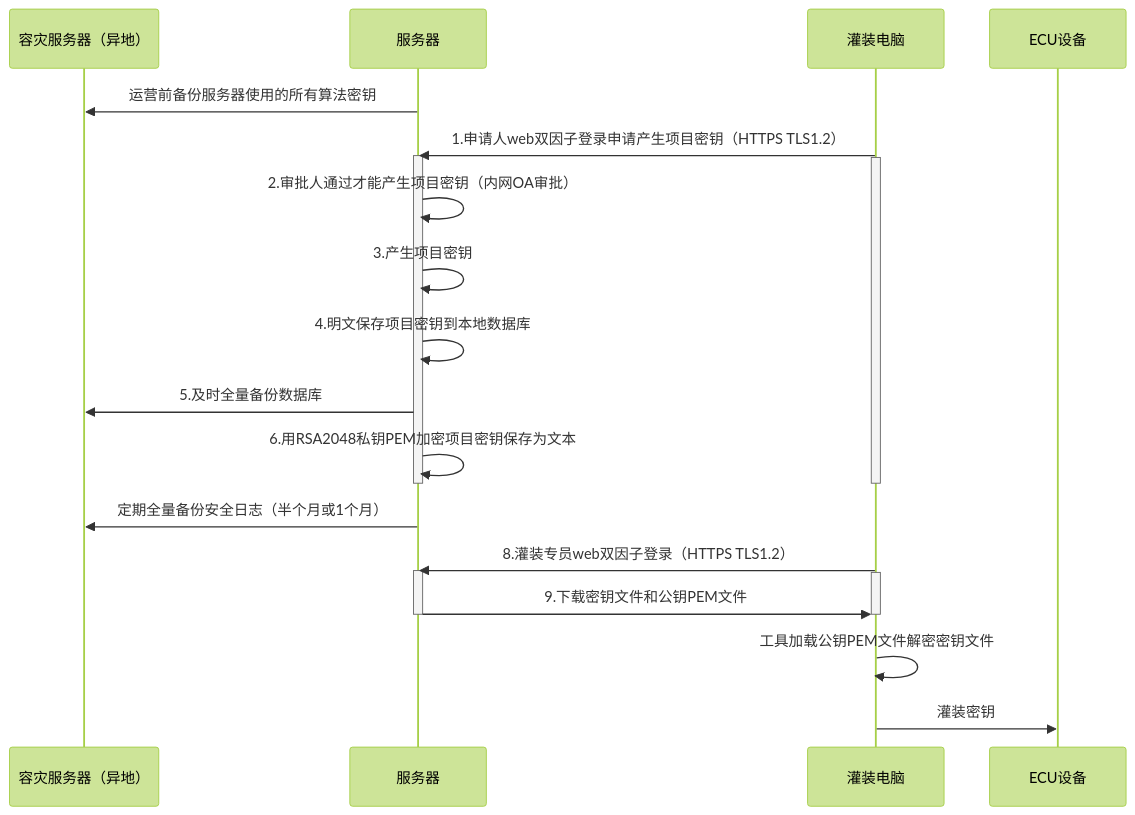
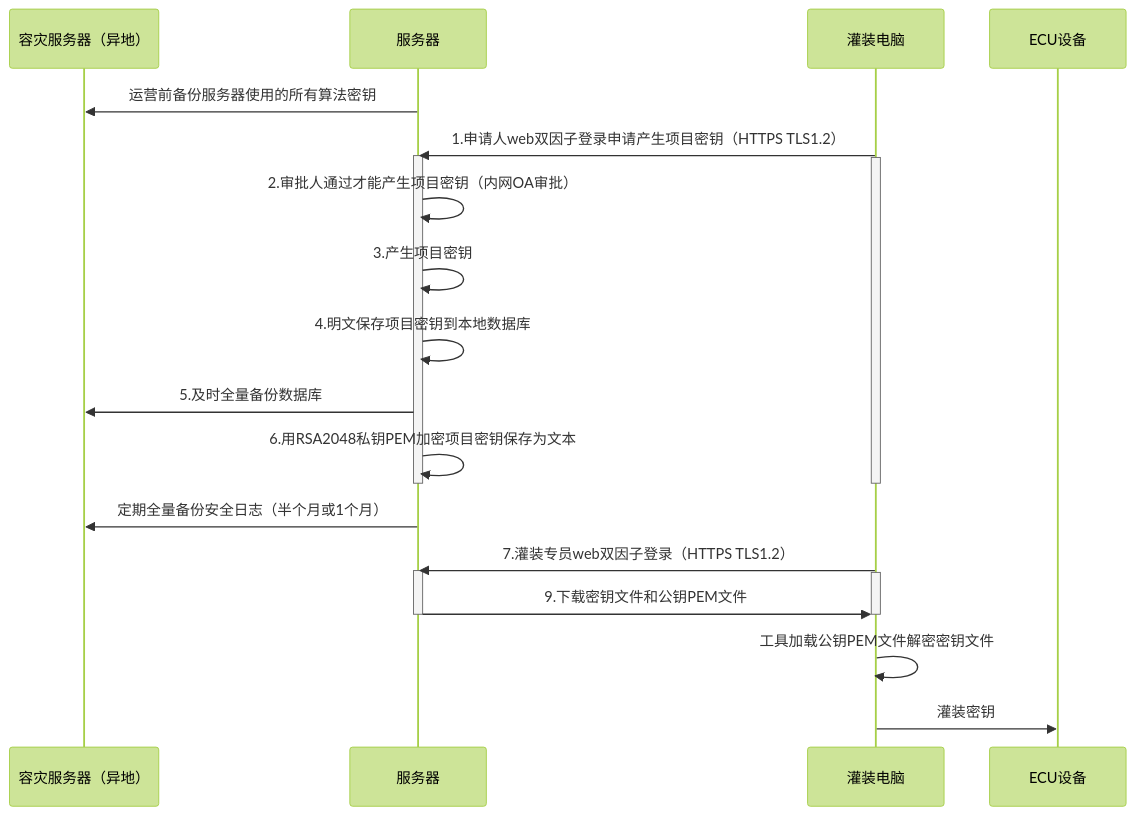
One commit to facebook-cloud/iodraw-files changed the diagram in all/未命名-17.md. Above: the diagram before and after it, drawn with Mermaid (forest theme).

Commit message:
2026-03-05 20:47:28 update

````diff
--- a/all/未命名-17.md
+++ b/all/未命名-17.md
@@ -1,32 +1,32 @@
 ```mermaid
 sequenceDiagram
     participant A as 容灾服务器（异地）
     participant B as 服务器
     participant D as 灌装电脑
     participant E as ECU设备
 
     B->>A: 运营前备份服务器使用的所有算法密钥
     D->>B: 1.申请人web双因子登录申请产生项目密钥（HTTPS TLS1.2）
     activate B
     activate D
     B->>B: 2.审批人通过才能产生项目密钥（内网OA审批）
     B->>B: 3.产生项目密钥
     B->>B: 4.明文保存项目密钥到本地数据库
     B->>A: 5.及时全量备份数据库
     B->>B: 6.用RSA2048私钥PEM加密项目密钥保存为文本
     deactivate B
     deactivate D
 
     B->>A: 定期全量备份安全日志（半个月或1个月）
     
-    D->>B: 8.灌装专员web双因子登录（HTTPS TLS1.2）
+    D->>B: 7.灌装专员web双因子登录（HTTPS TLS1.2）
     activate B
     activate D
     B->>D: 9.下载密钥文件和公钥PEM文件
     deactivate B
     deactivate D
 
     D->>D:工具加载公钥PEM文件解密密钥文件
     
     D->>E: 灌装密钥
 ```
````
